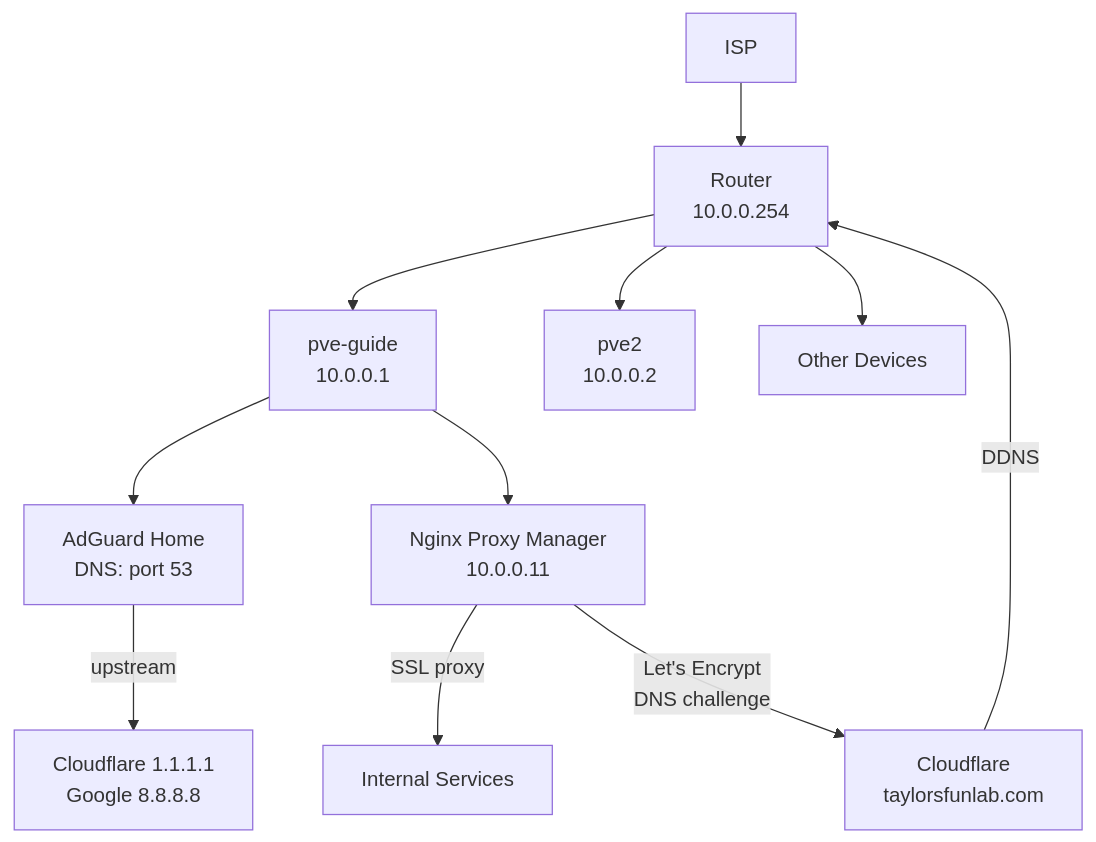
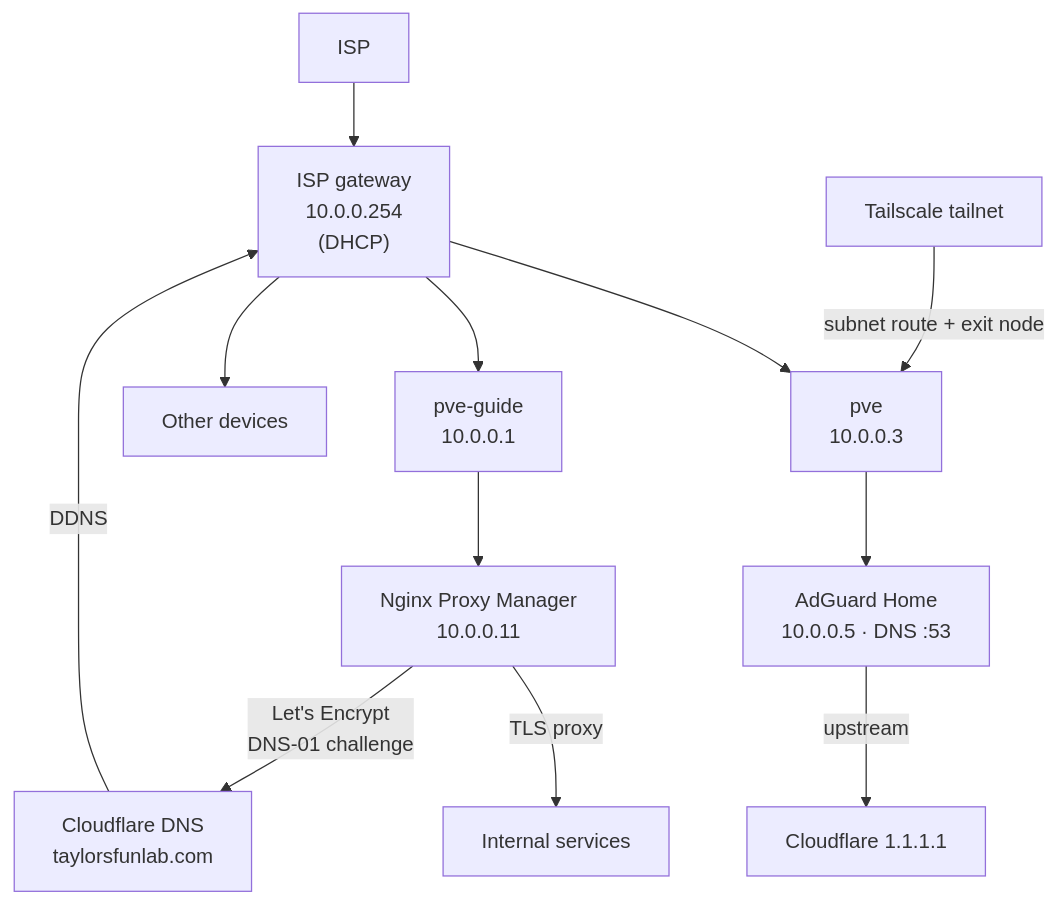
One commit to taylordbowers/homelab changed the diagram in docs/infrastructure/network.md. Above: the diagram before and after it, drawn with Mermaid. The commit also changed other lines of this file and 35 other files, not shown here.

First line of the commit message:
Update docs to the current cluster layout (pve + pve-guide)

````diff
--- a/docs/infrastructure/network.md
+++ b/docs/infrastructure/network.md
@@ -7,13 +7,14 @@
 ```mermaid
 graph TD
-    ISP["ISP"] --> Router["Router\n10.0.0.254"]
-    Router --> PVE1["pve-guide\n10.0.0.1"]
-    Router --> PVE2["pve2\n10.0.0.2"]
-    Router --> Devices["Other Devices"]
-    PVE1 --> AG["AdGuard Home\nDNS: port 53"]
-    AG -->|upstream| DNS["Cloudflare 1.1.1.1\nGoogle 8.8.8.8"]
-    PVE1 --> NPM["Nginx Proxy Manager\n10.0.0.11"]
-    NPM -->|SSL proxy| Services["Internal Services"]
-    CF["Cloudflare\ntaylorsfunlab.com"] -->|DDNS| Router
-    NPM -->|Let's Encrypt\nDNS challenge| CF
+    ISP["ISP"] --> Router["ISP gateway\n10.0.0.254\n(DHCP)"]
+    Router --> PVE["pve\n10.0.0.3"]
+    Router --> GUIDE["pve-guide\n10.0.0.1"]
+    Router --> Devices["Other devices"]
+    PVE --> AG["AdGuard Home\n10.0.0.5 · DNS :53"]
+    AG -->|upstream| DNS["Cloudflare 1.1.1.1"]
+    GUIDE --> NPM["Nginx Proxy Manager\n10.0.0.11"]
+    NPM -->|TLS proxy| Services["Internal services"]
+    CF["Cloudflare DNS\ntaylorsfunlab.com"] -->|DDNS| Router
+    NPM -->|Let's Encrypt\nDNS-01 challenge| CF
+    TS["Tailscale tailnet"] -->|subnet route + exit node| PVE
 ```
````
